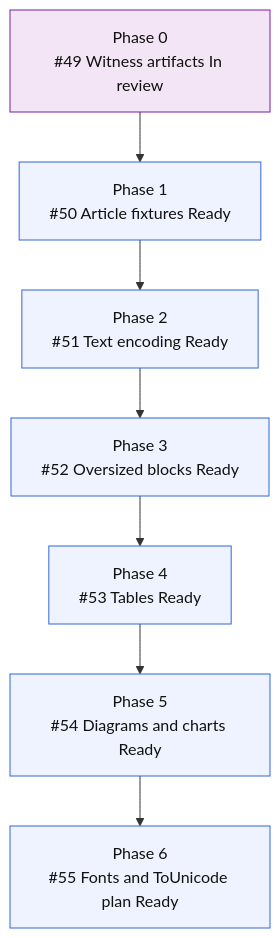
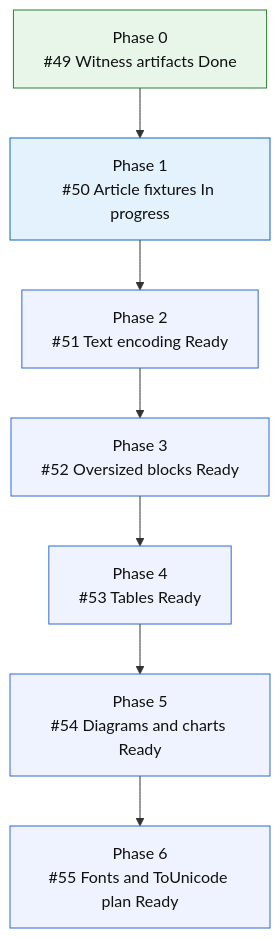
Before and after one commit to mihaelamj/MarkdownPDF: the second of 2 diagrams in README.md, drawn with Mermaid. The commit also changed 5 other files, not shown here.

Commit message:
test(pdf): expand article-grade fixtures

````diff
--- a/README.md
+++ b/README.md
@@ -212,20 +212,21 @@
 ```mermaid
 flowchart TD
-    F0["Phase 0<br/>#49 Witness artifacts In review"]
-    F1["Phase 1<br/>#50 Article fixtures Ready"]
+    F0["Phase 0<br/>#49 Witness artifacts Done"]
+    F1["Phase 1<br/>#50 Article fixtures In progress"]
     F2["Phase 2<br/>#51 Text encoding Ready"]
     F3["Phase 3<br/>#52 Oversized blocks Ready"]
     F4["Phase 4<br/>#53 Tables Ready"]
     F5["Phase 5<br/>#54 Diagrams and charts Ready"]
     F6["Phase 6<br/>#55 Fonts and ToUnicode plan Ready"]
 
     F0 --> F1 --> F2 --> F3 --> F4 --> F5 --> F6
 
     classDef done fill:#e8f5e9,stroke:#2e7d32,color:#111;
     classDef active fill:#e3f2fd,stroke:#1565c0,color:#111;
     classDef review fill:#f3e5f5,stroke:#7b1fa2,color:#111;
     classDef next fill:#fff8e1,stroke:#f9a825,color:#111;
     classDef todo fill:#eef3ff,stroke:#3367d6,color:#111;
-    class F0 review;
-    class F1,F2,F3,F4,F5,F6 todo;
+    class F0 done;
+    class F1 active;
+    class F2,F3,F4,F5,F6 todo;
 ```
````
